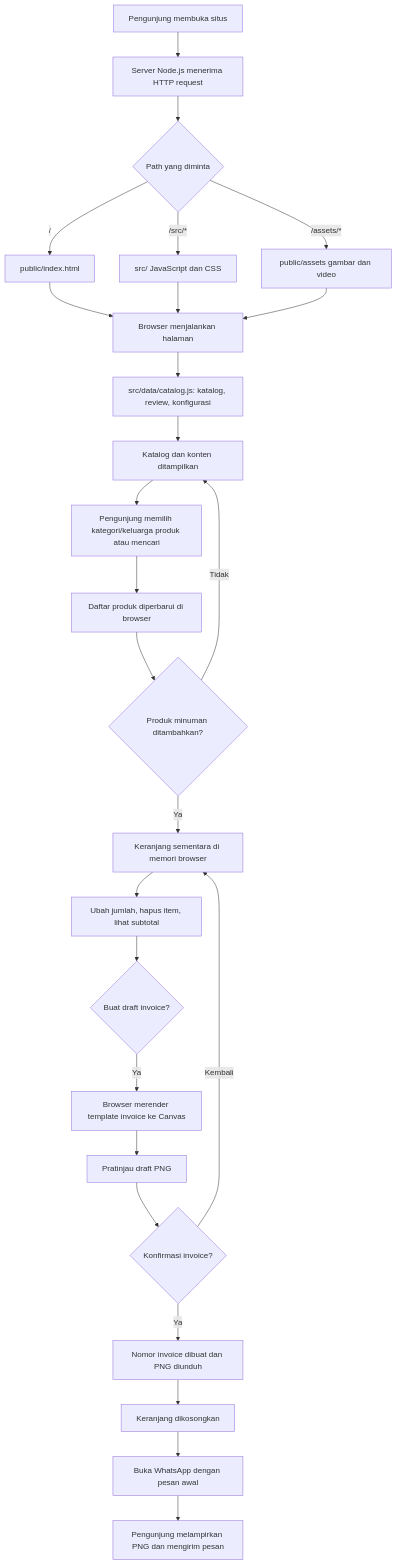
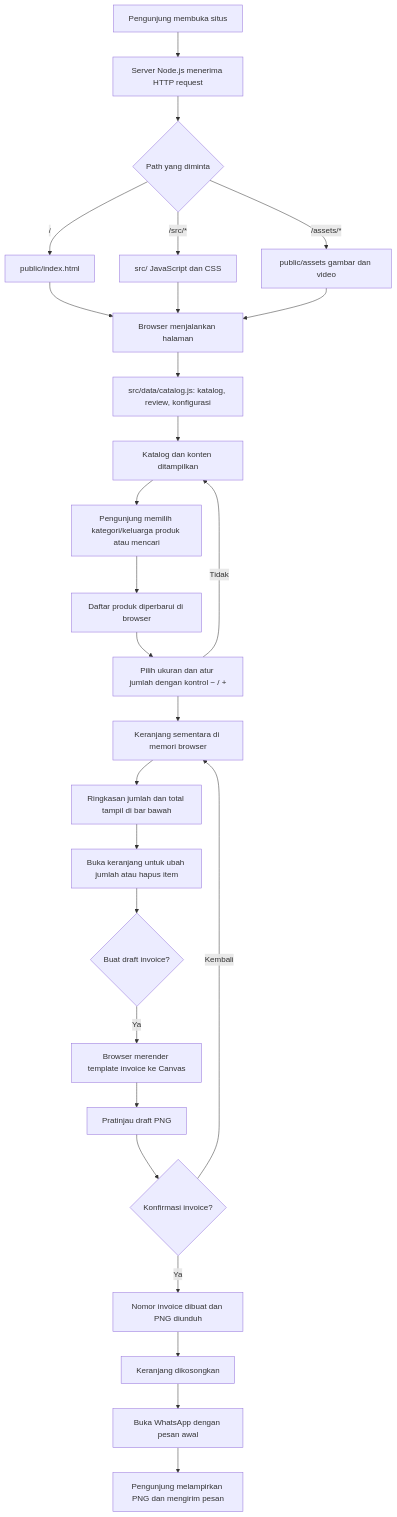
The first of 2 diagrams in ALUR-SISTEM.md (andiap92/FD-Culinary), drawn with Mermaid before and after one commit. The commit also changed other lines of this file and 3 other files, not shown here.

````diff
--- a/ALUR-SISTEM.md
+++ b/ALUR-SISTEM.md
@@ -7,28 +7,29 @@
 ```mermaid
 flowchart TD
     U[Pengunjung membuka situs] --> S[Server Node.js menerima HTTP request]
     S --> R{Path yang diminta}
     R -->|/| HTML[public/index.html]
     R -->|/src/*| SRC[src/ JavaScript dan CSS]
     R -->|/assets/*| ASSET[public/assets gambar dan video]
     HTML --> B[Browser menjalankan halaman]
     SRC --> B
     ASSET --> B
     B --> DATA[src/data/catalog.js: katalog, review, konfigurasi]
     DATA --> C[Katalog dan konten ditampilkan]
     C --> F[Pengunjung memilih kategori/keluarga produk atau mencari]
     F --> P[Daftar produk diperbarui di browser]
-    P --> A{Produk minuman ditambahkan?}
-    A -->|Ya| CART[Keranjang sementara di memori browser]
-    CART --> EDIT[Ubah jumlah, hapus item, lihat subtotal]
+    P --> A[Pilih ukuran dan atur jumlah dengan kontrol − / +]
+    A --> CART[Keranjang sementara di memori browser]
+    CART --> BAR[Ringkasan jumlah dan total tampil di bar bawah]
+    BAR --> EDIT[Buka keranjang untuk ubah jumlah atau hapus item]
     EDIT --> D{Buat draft invoice?}
     D -->|Ya| CANVAS[Browser merender template invoice ke Canvas]
     CANVAS --> PREVIEW[Pratinjau draft PNG]
     PREVIEW --> CONF{Konfirmasi invoice?}
     CONF -->|Kembali| CART
     CONF -->|Ya| FINAL[Nomor invoice dibuat dan PNG diunduh]
     FINAL --> CLEAR[Keranjang dikosongkan]
     CLEAR --> WA[Buka WhatsApp dengan pesan awal]
     WA --> SEND[Pengunjung melampirkan PNG dan mengirim pesan]
     A -->|Tidak| C
 ```
````
